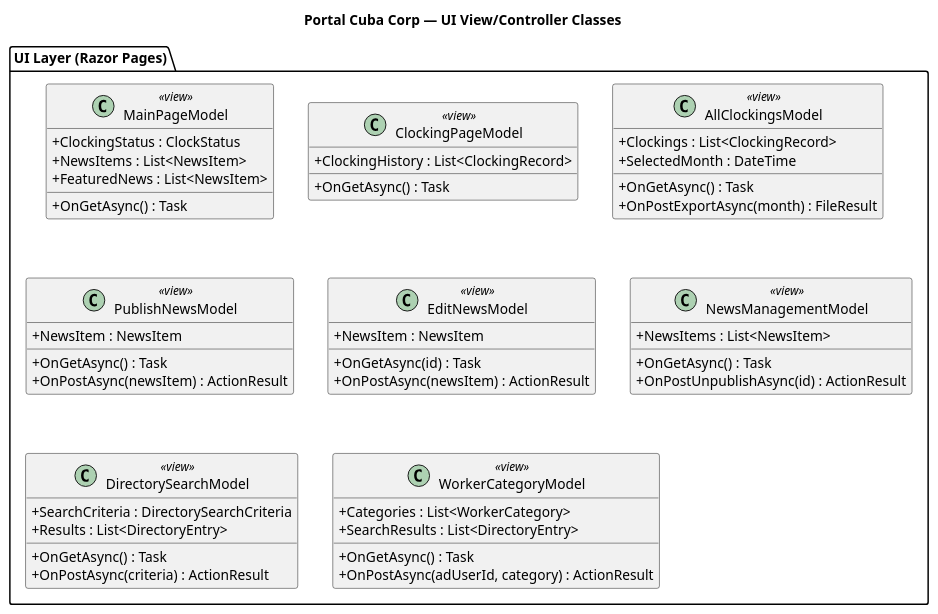
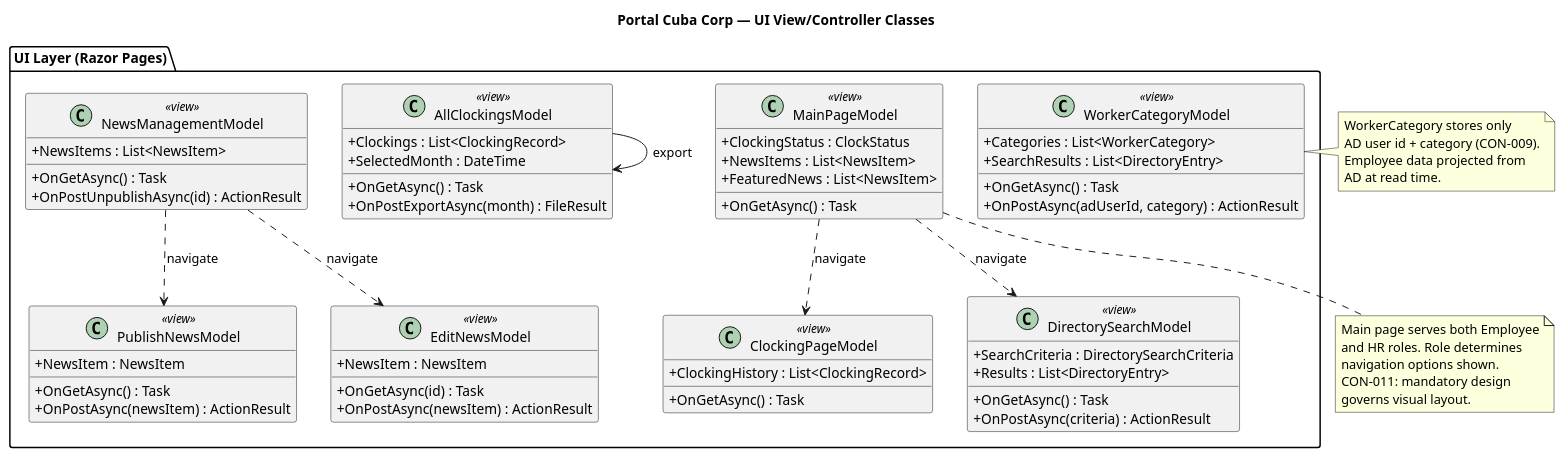
One commit to banense-test/portal-cuba-corp changed diagram 12 of 27 in docs/artifacts/analysis---design/design-model.md. Above: the diagram before and after it, drawn with PlantUML. The commit also changed other lines of this file, not shown here.

First line of the commit message:
User Interface Designer [E1]: upsert Design Model

````diff
--- a/docs/artifacts/analysis---design/design-model.md
+++ b/docs/artifacts/analysis---design/design-model.md
@@ -747,60 +747,82 @@
 ```plantuml
 @startuml
 title Portal Cuba Corp — UI View/Controller Classes
 
 skinparam classAttributeIconSize 0
 
 package "UI Layer (Razor Pages)" {
   class "MainPageModel" as V001 <<view>> {
     + OnGetAsync() : Task
     + ClockingStatus : ClockStatus
     + NewsItems : List<NewsItem>
     + FeaturedNews : List<NewsItem>
   }
   
   class "ClockingPageModel" as V002 <<view>> {
     + OnGetAsync() : Task
     + ClockingHistory : List<ClockingRecord>
   }
   
   class "AllClockingsModel" as V003 <<view>> {
     + OnGetAsync() : Task
     + OnPostExportAsync(month) : FileResult
     + Clockings : List<ClockingRecord>
     + SelectedMonth : DateTime
   }
   
   class "PublishNewsModel" as V004 <<view>> {
     + OnGetAsync() : Task
     + OnPostAsync(newsItem) : ActionResult
     + NewsItem : NewsItem
   }
   
   class "EditNewsModel" as V005 <<view>> {
     + OnGetAsync(id) : Task
     + OnPostAsync(newsItem) : ActionResult
     + NewsItem : NewsItem
   }
   
   class "NewsManagementModel" as V006 <<view>> {
     + OnGetAsync() : Task
     + OnPostUnpublishAsync(id) : ActionResult
     + NewsItems : List<NewsItem>
   }
   
   class "DirectorySearchModel" as V007 <<view>> {
     + OnGetAsync() : Task
     + OnPostAsync(criteria) : ActionResult
     + SearchCriteria : DirectorySearchCriteria
     + Results : List<DirectoryEntry>
   }
   
   class "WorkerCategoryModel" as V008 <<view>> {
     + OnGetAsync() : Task
     + OnPostAsync(adUserId, category) : ActionResult
     + Categories : List<WorkerCategory>
     + SearchResults : List<DirectoryEntry>
   }
 }
+
+V001 ..> V002 : navigate
+V001 ..> V007 : navigate
+V003 --> V003 : export
+V006 ..> V004 : navigate
+V006 ..> V005 : navigate
+
+note bottom of V001
+  Main page serves both Employee
+  and HR roles. Role determines
+  navigation options shown.
+  CON-011: mandatory design
+  governs visual layout.
+end note
+
+note right of V008
+  WorkerCategory stores only
+  AD user id + category (CON-009).
+  Employee data projected from
+  AD at read time.
+end note
+
 @enduml
 ```
````
